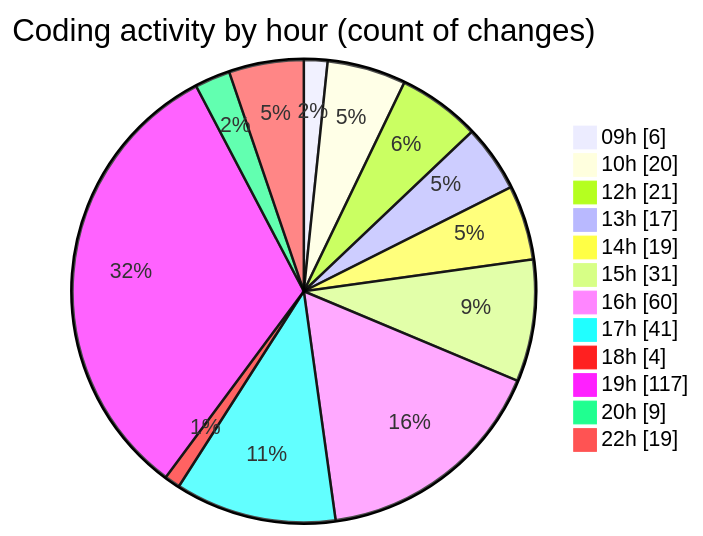
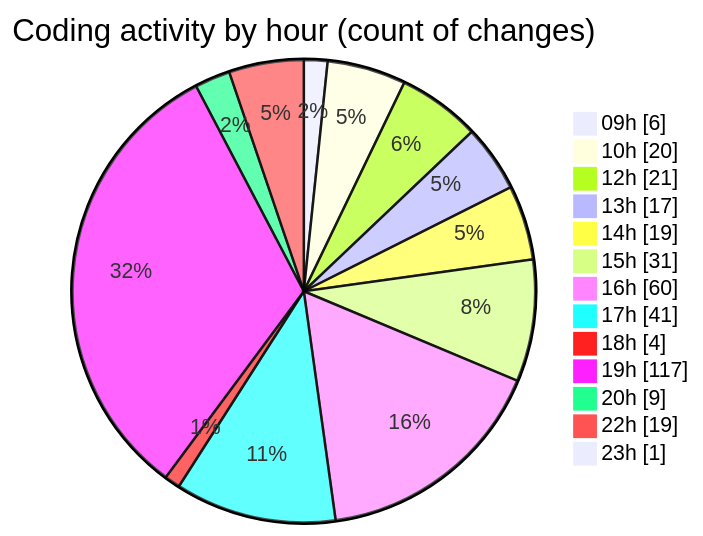
Before and after one commit to becaeroporto-bot/code-tracking: the second of 2 diagrams in 2026-02-18/bot_v1_2/README.md, drawn with Mermaid. The commit also changed other lines of this file and 1 other file, not shown here.

````diff
--- a/2026-02-18/bot_v1_2/README.md
+++ b/2026-02-18/bot_v1_2/README.md
@@ -59,16 +59,17 @@
 ```mermaid
 pie showData
 title Coding activity by hour (count of changes)
 "09h" : 6
 "10h" : 20
 "12h" : 21
 "13h" : 17
 "14h" : 19
 "15h" : 31
 "16h" : 60
 "17h" : 41
 "18h" : 4
 "19h" : 117
 "20h" : 9
 "22h" : 19
+"23h" : 1
 ```
````
